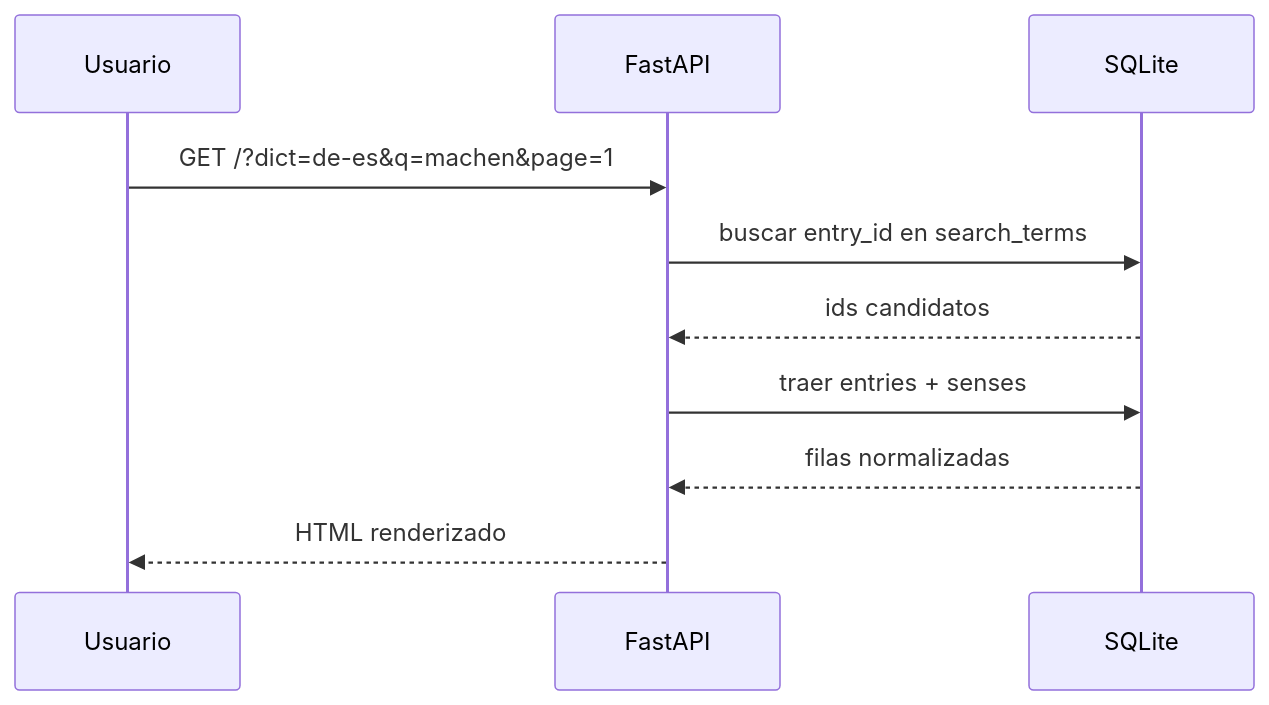
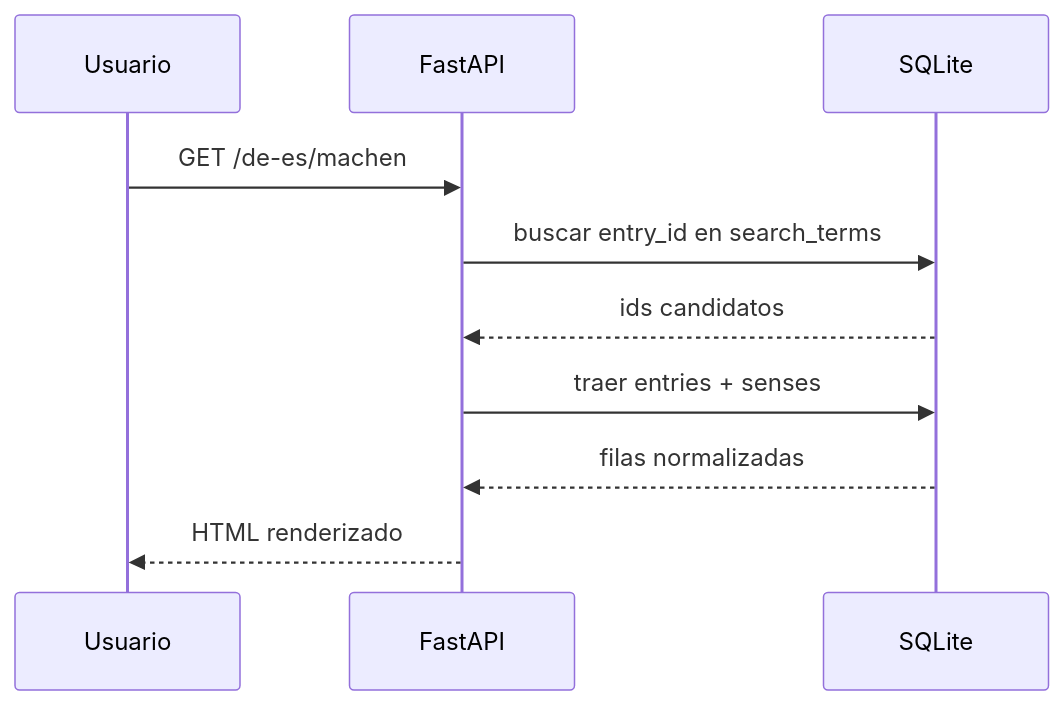
Before and after one commit to mgaitan/dictionary: the third of 4 diagrams in README.md, drawn with Mermaid. The commit also changed other lines of this file and 6 other files, not shown here.

````diff
--- a/README.md
+++ b/README.md
@@ -131,13 +131,13 @@
 ```mermaid
 sequenceDiagram
     participant U as Usuario
     participant F as FastAPI
     participant S as SQLite
 
-    U->>F: GET /?dict=de-es&q=machen&page=1
+    U->>F: GET /de-es/machen
     F->>S: buscar entry_id en search_terms
     S-->>F: ids candidatos
     F->>S: traer entries + senses
     S-->>F: filas normalizadas
     F-->>U: HTML renderizado
 ```
````
